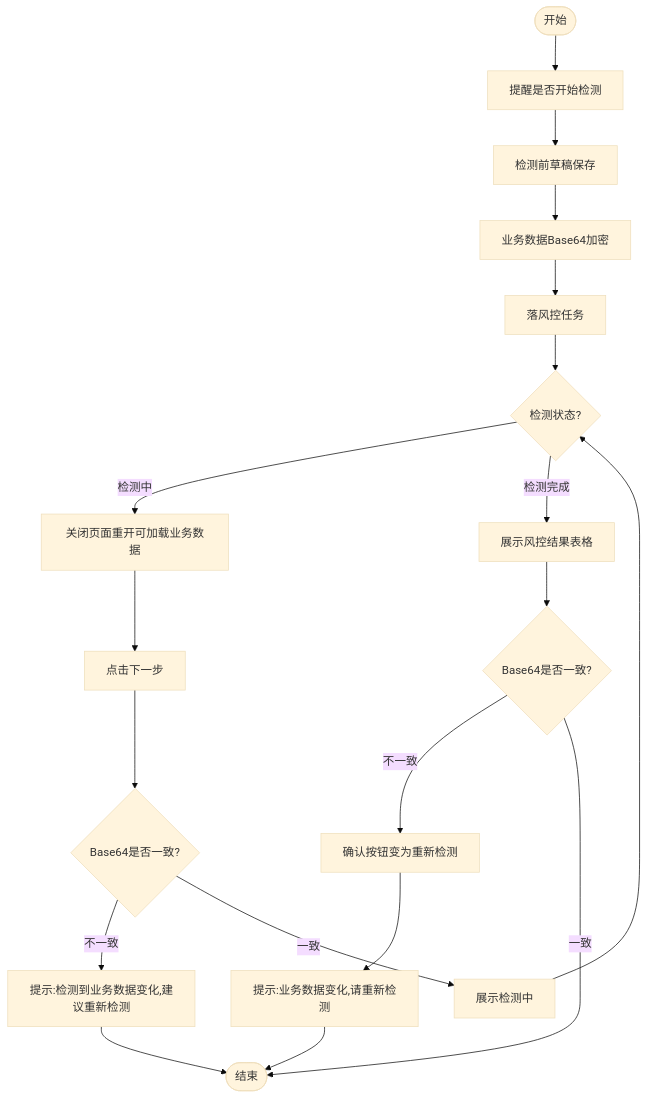
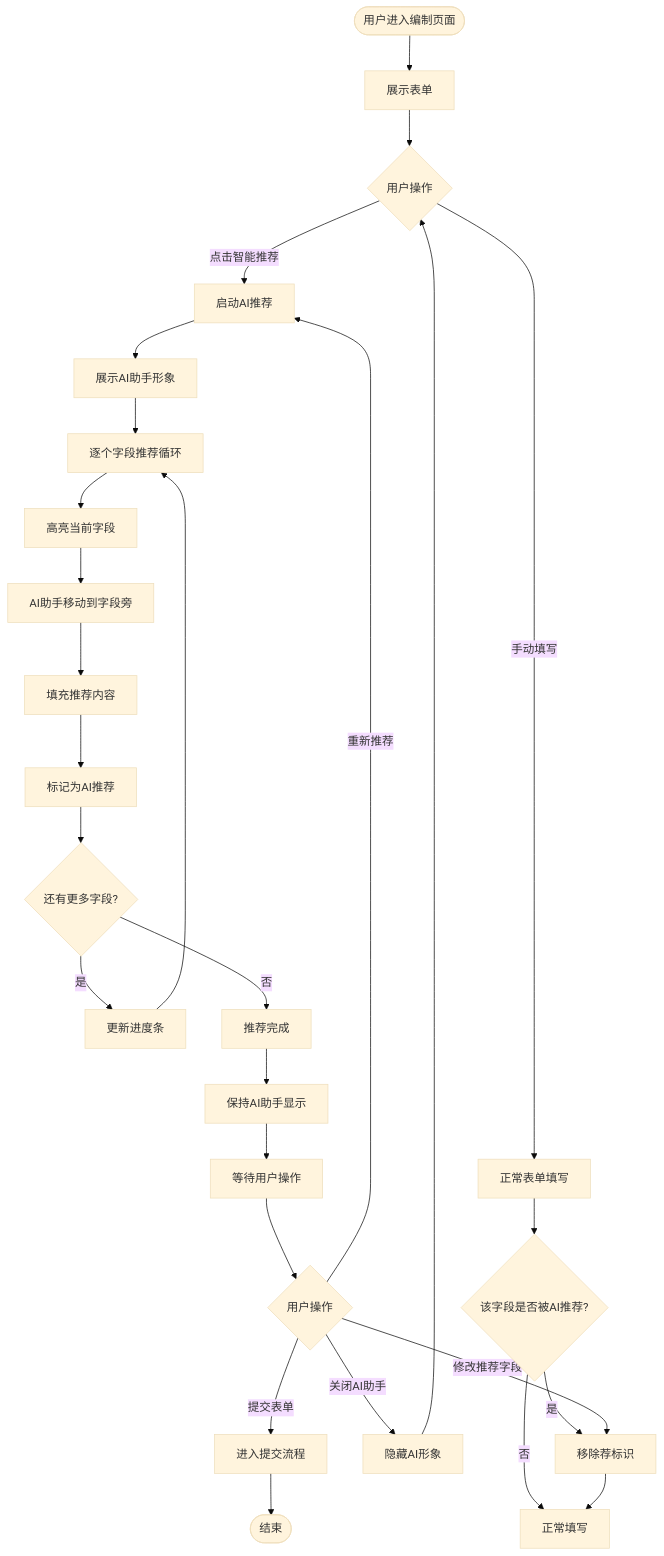
The diagram in axureMake/src/prototypes/procurement-list-copy2/spec.md (LRainD/LRainD.github.io), drawn with Mermaid (base theme) before and after one commit. The commit also changed other lines of this file and 1 other file, not shown here.

````diff
--- a/axureMake/src/prototypes/procurement-list-copy2/spec.md
+++ b/axureMake/src/prototypes/procurement-list-copy2/spec.md
@@ -65,24 +85,37 @@
 ```mermaid
 flowchart TD
-    Start([开始]) --> StartEnsure[提醒是否开始检测]
-    StartEnsure[提醒是否开始检测] --> SaveDraft[检测前草稿保存]
-    SaveDraft --> Encrypt[业务数据Base64加密]
-    Encrypt --> CreateRisk[落风控任务]
-    CreateRisk --> CheckStatus{检测状态?}
+    Start([用户进入编制页面]) --> ShowForm[展示表单]
     
-    CheckStatus -- 检测中 --> LoadData[关闭页面重开可加载业务数据]
-    LoadData --> ClickNext[点击下一步]
-    ClickNext --> CheckEncrypt1{Base64是否一致?}
-    CheckEncrypt1 -- 不一致 --> Tip1[提示:检测到业务数据变化,建议重新检测]
-    CheckEncrypt1 -- 一致 --> ShowChecking[展示检测中]
+    ShowForm --> UserAction{用户操作}
+    UserAction -- 点击智能推荐 --> StartRecommend[启动AI推荐]
+    UserAction -- 手动填写 --> ManualFill[正常表单填写]
     
-    CheckStatus -- 检测完成 --> ShowResult[展示风控结果表格]
-    ShowResult --> CheckEncrypt2{Base64是否一致?}
-    CheckEncrypt2 -- 不一致 --> ChangeBtn[确认按钮变为重新检测]
-    ChangeBtn --> Tip2[提示:业务数据变化,请重新检测]
-    CheckEncrypt2 -- 一致 --> End([结束])
+    StartRecommend --> ShowAI[展示AI助手形象]
+    ShowAI --> LoopFields[逐个字段推荐循环]
+    LoopFields --> Highlight[高亮当前字段]
+    Highlight --> MoveAI[AI助手移动到字段旁]
+    MoveAI --> FillContent[填充推荐内容]
+    FillContent --> MarkRecommend[标记为AI推荐]
     
-    ShowChecking --> CheckStatus
-    Tip1 --> End
-    Tip2 --> End
+    MarkRecommend --> CheckMore{还有更多字段?}
+    CheckMore -- 是 --> UpdateProgress[更新进度条]
+    UpdateProgress --> LoopFields
+    CheckMore -- 否 --> Complete[推荐完成]
+    
+    Complete --> KeepAI[保持AI助手显示]
+    KeepAI --> WaitUser[等待用户操作]
+    
+    ManualFill --> CheckRecommend{该字段是否被AI推荐?}
+    CheckRecommend -- 是 --> RemoveMark[移除荐标识]
+    CheckRecommend -- 否 --> NormalFill[正常填写]
+    RemoveMark --> NormalFill
+    
+    WaitUser --> UserAction2{用户操作}
+    UserAction2 -- 修改推荐字段 --> RemoveMark
+    UserAction2 -- 关闭AI助手 --> HideAI[隐藏AI形象]
+    UserAction2 -- 重新推荐 --> StartRecommend
+    UserAction2 -- 提交表单 --> Submit[进入提交流程]
+    
+    HideAI --> UserAction
+    Submit --> End([结束])
 ```
````
